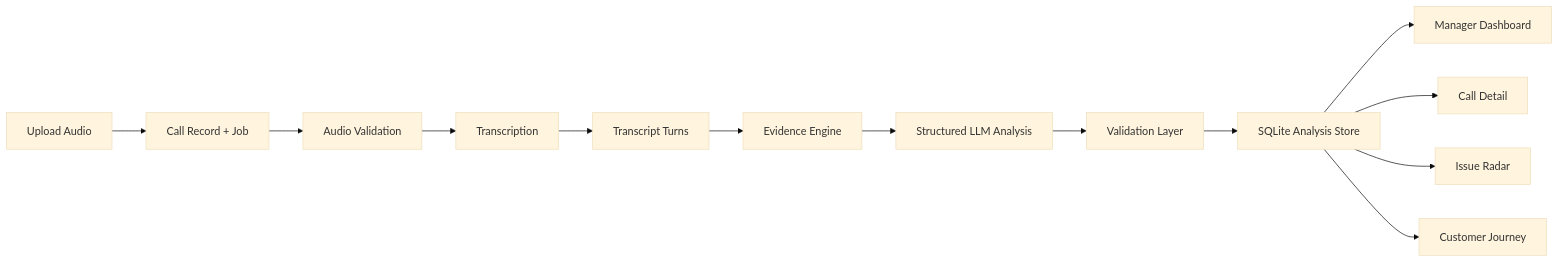
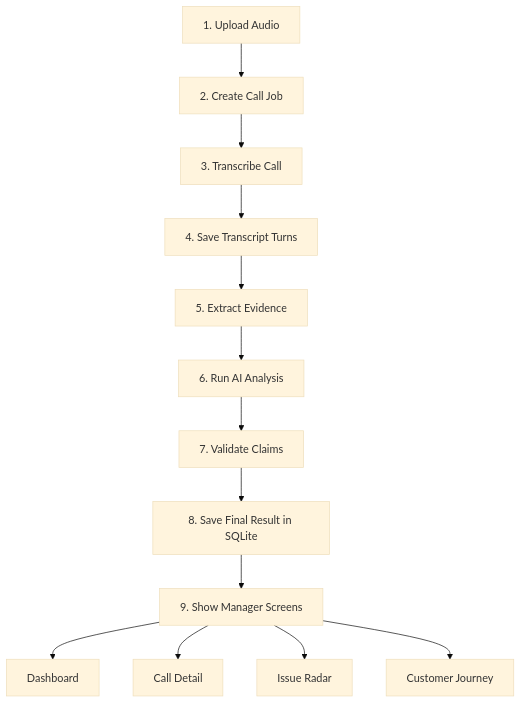
One commit to vrize-poc-demo/call-center-radar changed the diagram in README.md. Above: the diagram before and after it, drawn with Mermaid (base theme). The commit also changed other lines of this file, not shown here.

Commit message:
docs: simplify POC architecture diagram in README

````diff
--- a/README.md
+++ b/README.md
@@ -36,15 +36,19 @@
 ```mermaid
-flowchart LR
-  A[Upload Audio] --> B[Call Record + Job]
-  B --> C[Audio Validation]
-  C --> D[Transcription]
-  D --> E[Transcript Turns]
-  E --> F[Evidence Engine]
-  F --> G[Structured LLM Analysis]
-  G --> H[Validation Layer]
-  H --> I[SQLite Analysis Store]
-  I --> J[Manager Dashboard]
+flowchart TD
+  A[1. Upload Audio]
+  B[2. Create Call Job]
+  C[3. Transcribe Call]
+  D[4. Save Transcript Turns]
+  E[5. Extract Evidence]
+  F[6. Run AI Analysis]
+  G[7. Validate Claims]
+  H[8. Save Final Result in SQLite]
+  I[9. Show Manager Screens]
+
+  A --> B --> C --> D --> E --> F --> G --> H --> I
+
+  I --> J[Dashboard]
   I --> K[Call Detail]
   I --> L[Issue Radar]
   I --> M[Customer Journey]
 ```
````
